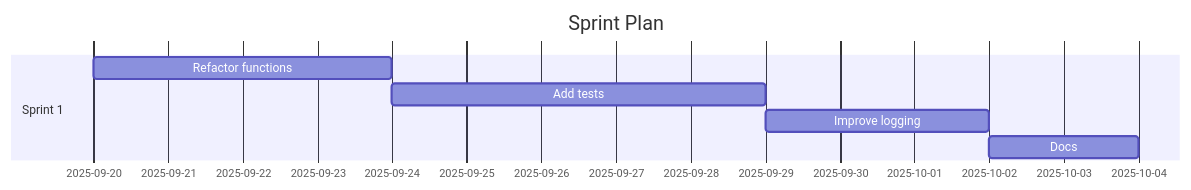
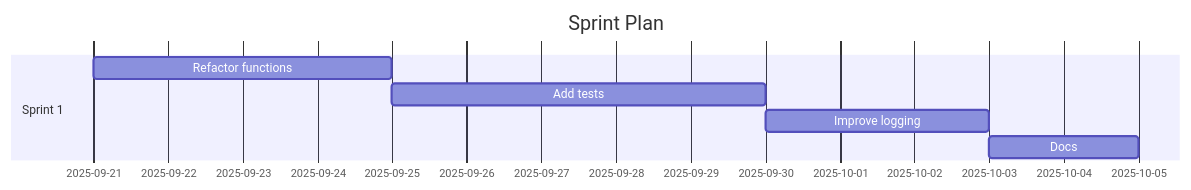
One commit to Anselmoo/mcp-ai-agent-guidelines changed the diagram in demos/demo-code-analysis.sprint.md. Above: the diagram before and after it, drawn with Mermaid. The commit also changed other lines of this file and 28 other files, not shown here.

````diff
--- a/demos/demo-code-analysis.sprint.md
+++ b/demos/demo-code-analysis.sprint.md
@@ -58,11 +58,11 @@
 ```mermaid
 gantt
 	dateFormat  YYYY-MM-DD
 	title Sprint Plan
 %% Accessibility: Title=Project Sprint Plan; Description=Gantt chart of sprints and tasks over time. %%
   section Sprint 1
-  Refactor functions :s1t0, 2025-09-20, 4d
-  Add tests :s1t1, 2025-09-24, 5d
-  Improve logging :s1t2, 2025-09-29, 3d
-  Docs :s1t3, 2025-10-02, 2d
+  Refactor functions :s1t0, 2025-09-21, 4d
+  Add tests :s1t1, 2025-09-25, 5d
+  Improve logging :s1t2, 2025-09-30, 3d
+  Docs :s1t3, 2025-10-03, 2d
 ```
````
